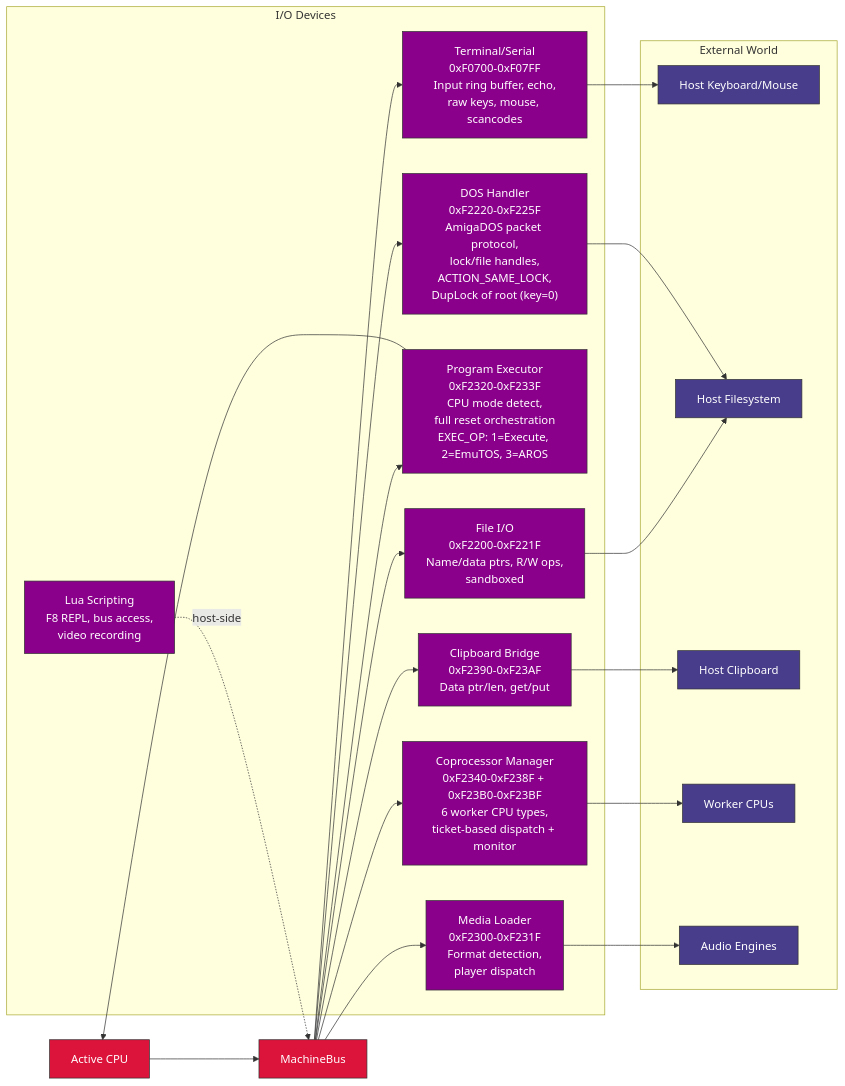
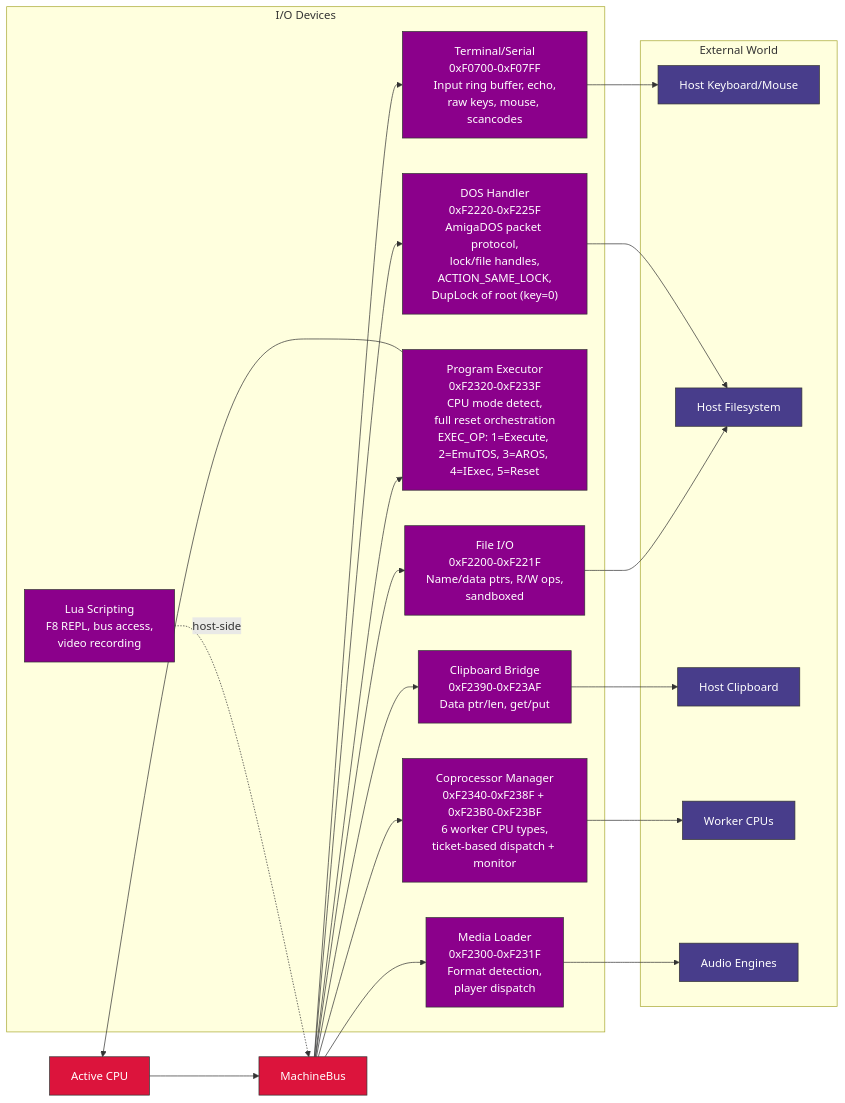
Before and after one commit to IntuitionAmiga/IntuitionEngine: the ninth of 12 diagrams in sdk/docs/architecture.md, drawn with Mermaid. The commit also changed 16 other files, not shown here.

````diff
--- a/sdk/docs/architecture.md
+++ b/sdk/docs/architecture.md
@@ -1025,49 +1025,49 @@
 ```mermaid
 graph LR
     CPU["Active CPU"]
     BUS["MachineBus"]
     CPU --> BUS
 
     subgraph DEVS["I/O Devices"]
         TERM["Terminal/Serial<br/>0xF0700-0xF07FF<br/>Input ring buffer, echo,<br/>raw keys, mouse, scancodes"]
         FIO["File I/O<br/>0xF2200-0xF221F<br/>Name/data ptrs, R/W ops,<br/>sandboxed"]
-        PEXEC["Program Executor<br/>0xF2320-0xF233F<br/>CPU mode detect,<br/>full reset orchestration<br/>EXEC_OP: 1=Execute, 2=EmuTOS, 3=AROS"]
+        PEXEC["Program Executor<br/>0xF2320-0xF233F<br/>CPU mode detect,<br/>full reset orchestration<br/>EXEC_OP: 1=Execute, 2=EmuTOS, 3=AROS, 4=IExec, 5=Reset"]
         COPRO["Coprocessor Manager<br/>0xF2340-0xF238F + 0xF23B0-0xF23BF<br/>6 worker CPU types,<br/>ticket-based dispatch + monitor"]
         CLIP["Clipboard Bridge<br/>0xF2390-0xF23AF<br/>Data ptr/len, get/put"]
         DOS["DOS Handler<br/>0xF2220-0xF225F<br/>AmigaDOS packet protocol,<br/>lock/file handles,<br/>ACTION_SAME_LOCK,<br/>DupLock of root (key=0)"]
         MEDIA["Media Loader<br/>0xF2300-0xF231F<br/>Format detection,<br/>player dispatch"]
         LUA["Lua Scripting<br/>F8 REPL, bus access,<br/>video recording"]
     end
 
     BUS --> TERM
     BUS --> FIO
     BUS --> PEXEC
     BUS --> COPRO
     BUS --> CLIP
     BUS --> DOS
     BUS --> MEDIA
     LUA -.->|"host-side"| BUS
 
     subgraph EXT["External World"]
         HOST_KB["Host Keyboard/Mouse"]
         HOST_FS["Host Filesystem"]
         HOST_CB["Host Clipboard"]
         CPUSUB["Worker CPUs"]
         AUDIO_E["Audio Engines"]
     end
 
     TERM --> HOST_KB
     FIO --> HOST_FS
     DOS --> HOST_FS
     CLIP --> HOST_CB
     PEXEC --> CPU
     COPRO --> CPUSUB
     MEDIA --> AUDIO_E
 
     classDef periph fill:#8B008B,stroke:#333,color:#fff
     classDef ext fill:#483D8B,stroke:#333,color:#fff
     classDef bus fill:#DC143C,stroke:#333,color:#fff
     class TERM,FIO,PEXEC,COPRO,CLIP,DOS,MEDIA,LUA periph
     class HOST_KB,HOST_FS,HOST_CB,CPUSUB,AUDIO_E ext
     class CPU,BUS bus
 ```
````
